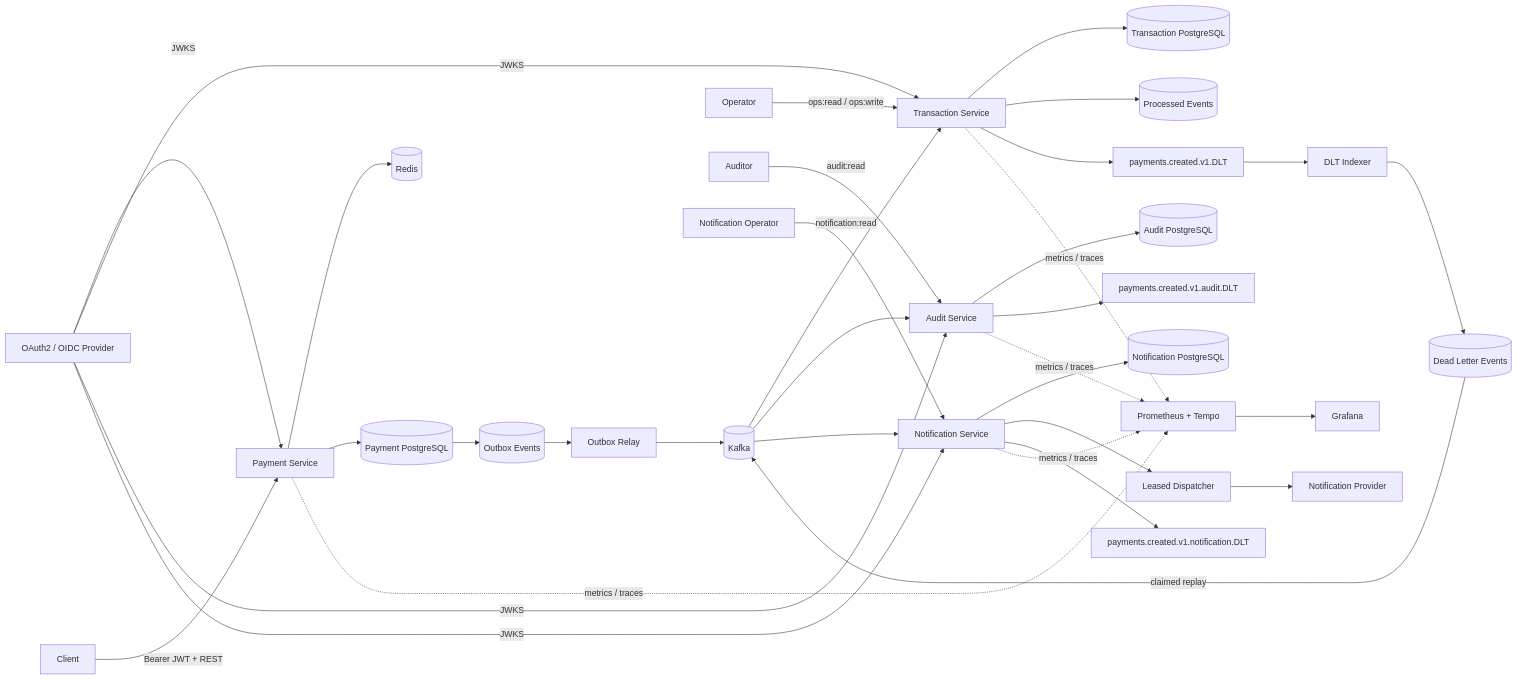
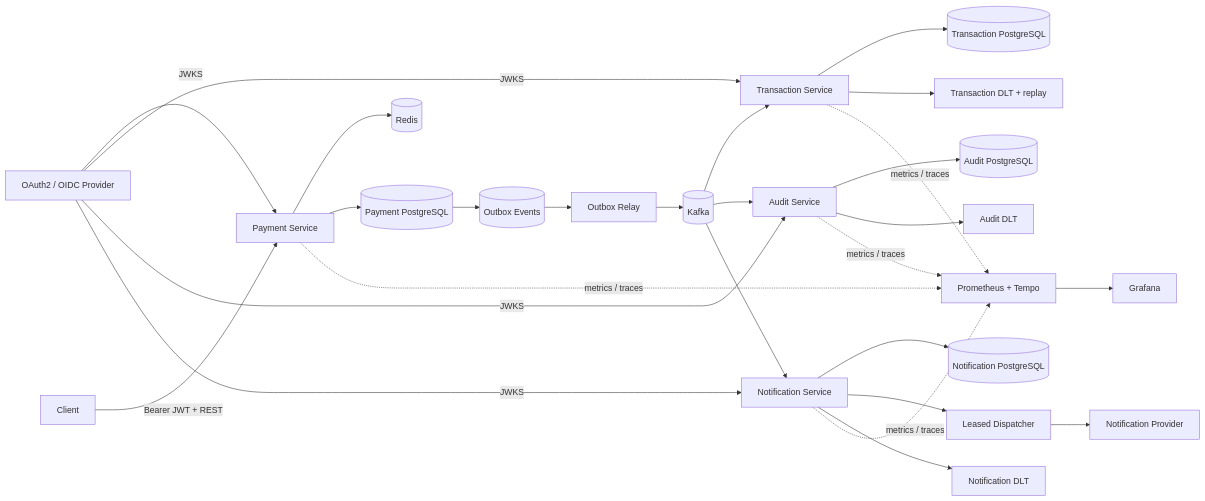
Before and after one commit to Charithaa07/Event-driven-payment-platform: the diagram in README.md, drawn with Mermaid. The commit also changed other lines of this file and 17 other files, not shown here.

````diff
--- a/README.md
+++ b/README.md
@@ -9,37 +9,33 @@
 ```mermaid
 flowchart LR
     IDP[OAuth2 / OIDC Provider] -->|JWKS| P[Payment Service]
     IDP -->|JWKS| T[Transaction Service]
     IDP -->|JWKS| A[Audit Service]
     IDP -->|JWKS| N[Notification Service]
+
     C[Client] -->|Bearer JWT + REST| P
     P --> R[(Redis)]
     P --> PG[(Payment PostgreSQL)]
     PG --> O[(Outbox Events)]
     O --> RLY[Outbox Relay]
     RLY --> K[(Kafka)]
+
     K --> T
     K --> A
     K --> N
+
     T --> TG[(Transaction PostgreSQL)]
-    T --> PE[(Processed Events)]
-    T --> DLT[payments.created.v1.DLT]
-    DLT --> IDX[DLT Indexer]
-    IDX --> DR[(Dead Letter Events)]
-    OPS[Operator] -->|ops:read / ops:write| T
-    DR -->|claimed replay| K
+    T --> DLT[Transaction DLT + replay]
     A --> AG[(Audit PostgreSQL)]
-    AUD[Auditor] -->|audit:read| A
-    A --> ADLT[payments.created.v1.audit.DLT]
+    A --> ADLT[Audit DLT]
     N --> NG[(Notification PostgreSQL)]
     N --> DISP[Leased Dispatcher]
     DISP --> NP[Notification Provider]
-    N --> NDLT[payments.created.v1.notification.DLT]
-    NOPS[Notification Operator] -->|notification:read| N
+    N --> NDLT[Notification DLT]
 
     P -. metrics / traces .-> OBS[Prometheus + Tempo]
     T -. metrics / traces .-> OBS
     A -. metrics / traces .-> OBS
     N -. metrics / traces .-> OBS
     OBS --> G[Grafana]
 ```
````
